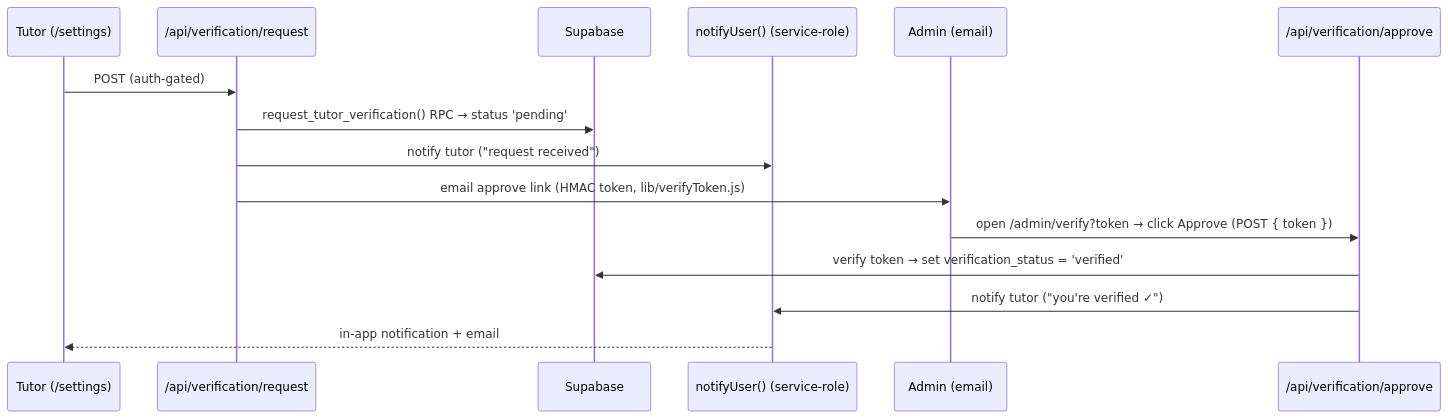
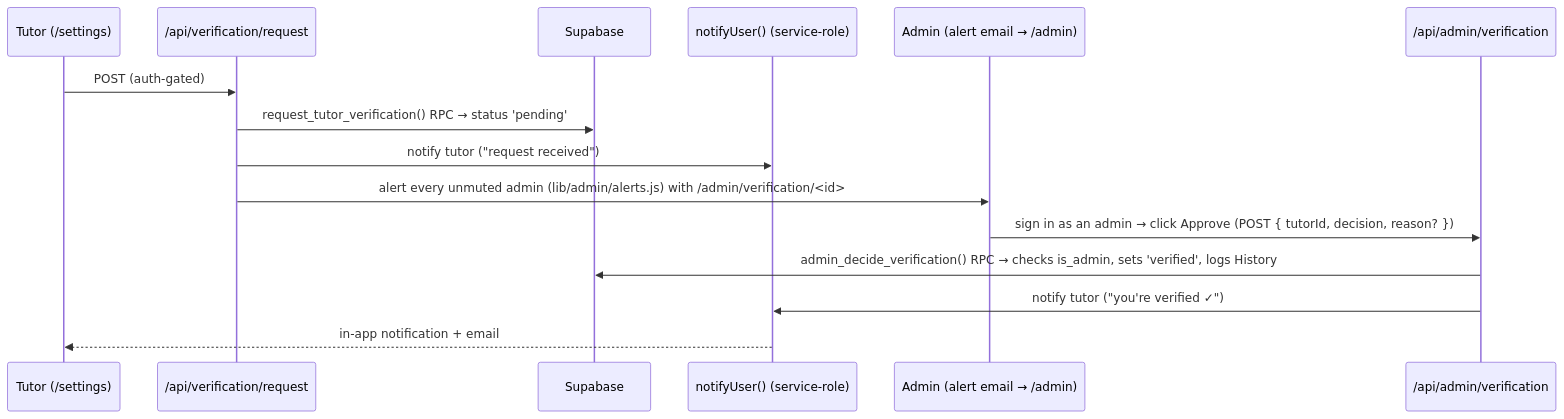
One commit to Art4v/tutor-match changed the fourth of 7 diagrams in README.md. Above: the diagram before and after it, drawn with Mermaid. The commit also changed other lines of this file and 3 other files, not shown here.

````diff
--- a/README.md
+++ b/README.md
@@ -117,18 +117,18 @@
 ```mermaid
 sequenceDiagram
     participant T as Tutor (/settings)
     participant RQ as /api/verification/request
     participant DB as Supabase
     participant N as notifyUser() (service-role)
-    participant A as Admin (email)
-    participant AP as /api/verification/approve
+    participant A as Admin (alert email → /admin)
+    participant AP as /api/admin/verification
 
     T->>RQ: POST (auth-gated)
     RQ->>DB: request_tutor_verification() RPC → status 'pending'
     RQ->>N: notify tutor ("request received")
-    RQ->>A: email approve link (HMAC token, lib/verifyToken.js)
-    A->>AP: open /admin/verify?token → click Approve (POST { token })
-    AP->>DB: verify token → set verification_status = 'verified'
+    RQ->>A: alert every unmuted admin (lib/admin/alerts.js) with /admin/verification/<id>
+    A->>AP: sign in as an admin → click Approve (POST { tutorId, decision, reason? })
+    AP->>DB: admin_decide_verification() RPC → checks is_admin, sets 'verified', logs History
     AP->>N: notify tutor ("you're verified ✓")
     N-->>T: in-app notification + email
 ```
````
